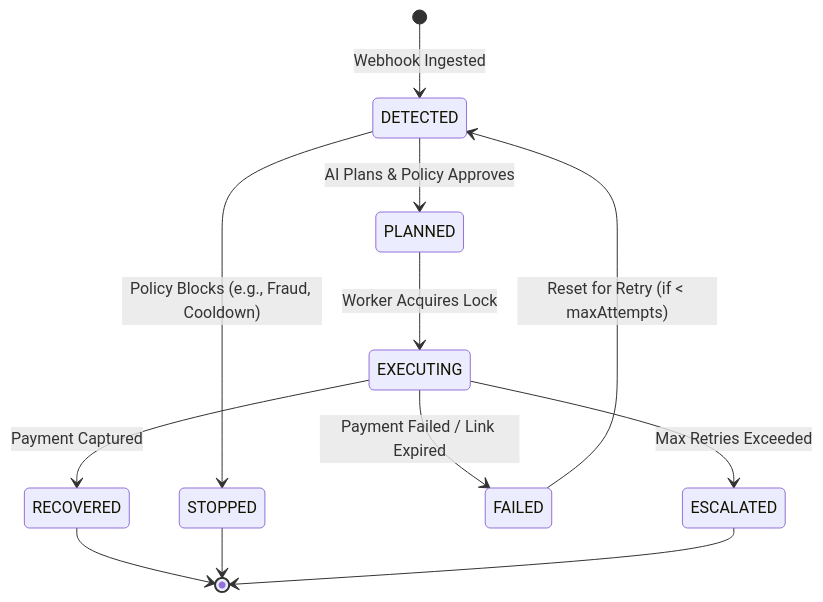
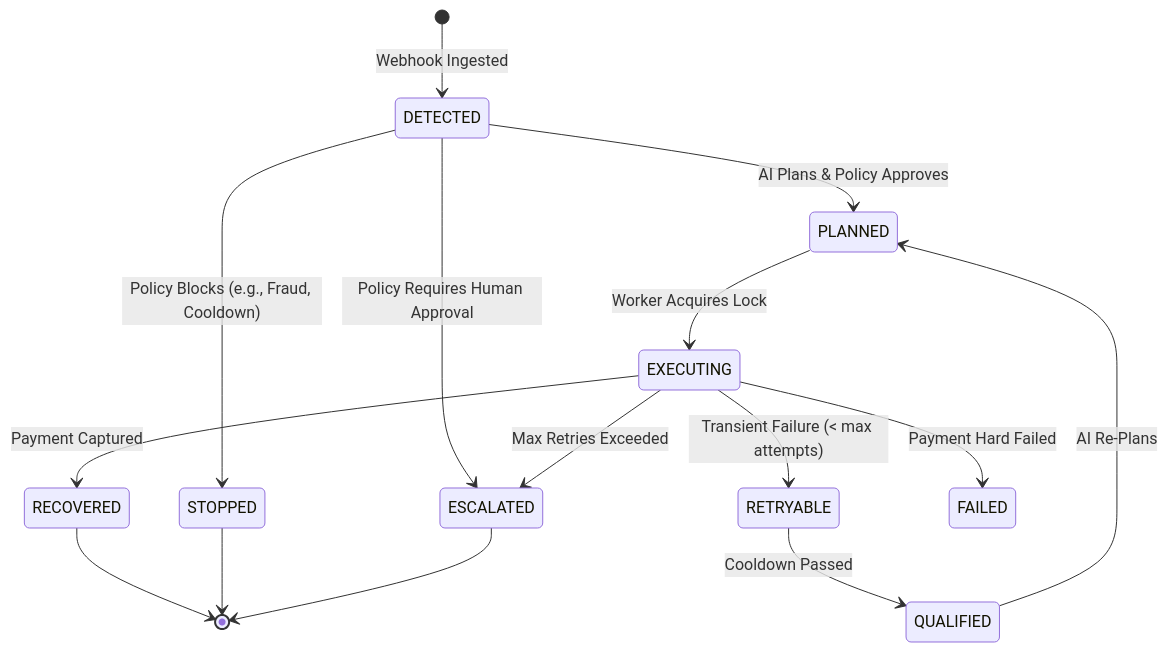
One commit to Surya-5555/FinTech-AI-05 changed the fourth of 6 diagrams in README.md. Above: the diagram before and after it, drawn with Mermaid. The commit also changed other lines of this file and 65 other files, not shown here.

Commit message:
docs: finalized the architecture and acknowledgements

````diff
--- a/README.md
+++ b/README.md
@@ -284,19 +287,21 @@
 ```mermaid
 stateDiagram-v2
     [*] --> DETECTED : Webhook Ingested
     
     DETECTED --> PLANNED : AI Plans & Policy Approves
     DETECTED --> STOPPED : Policy Blocks (e.g., Fraud, Cooldown)
+    DETECTED --> ESCALATED : Policy Requires Human Approval
     
     PLANNED --> EXECUTING : Worker Acquires Lock
     
     EXECUTING --> RECOVERED : Payment Captured
-    EXECUTING --> FAILED : Payment Failed / Link Expired
+    EXECUTING --> RETRYABLE : Transient Failure (< max attempts)
+    EXECUTING --> FAILED : Payment Hard Failed
     EXECUTING --> ESCALATED : Max Retries Exceeded
-    
-    FAILED --> DETECTED : Reset for Retry (if < maxAttempts)
+    RETRYABLE --> QUALIFIED : Cooldown Passed
+    QUALIFIED --> PLANNED : AI Re-Plans
     
     RECOVERED --> [*]
     STOPPED --> [*]
     ESCALATED --> [*]
 ```
````
